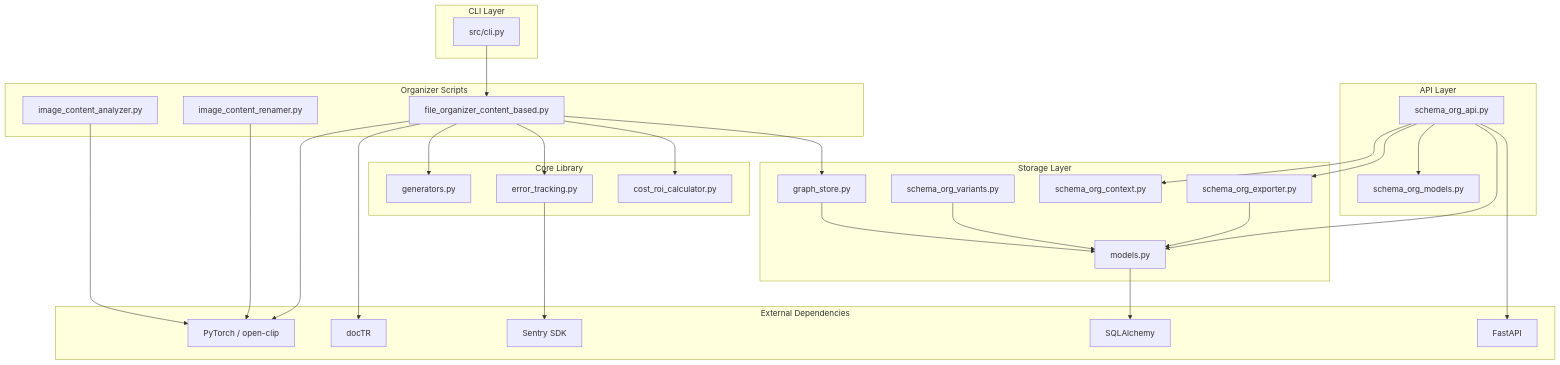
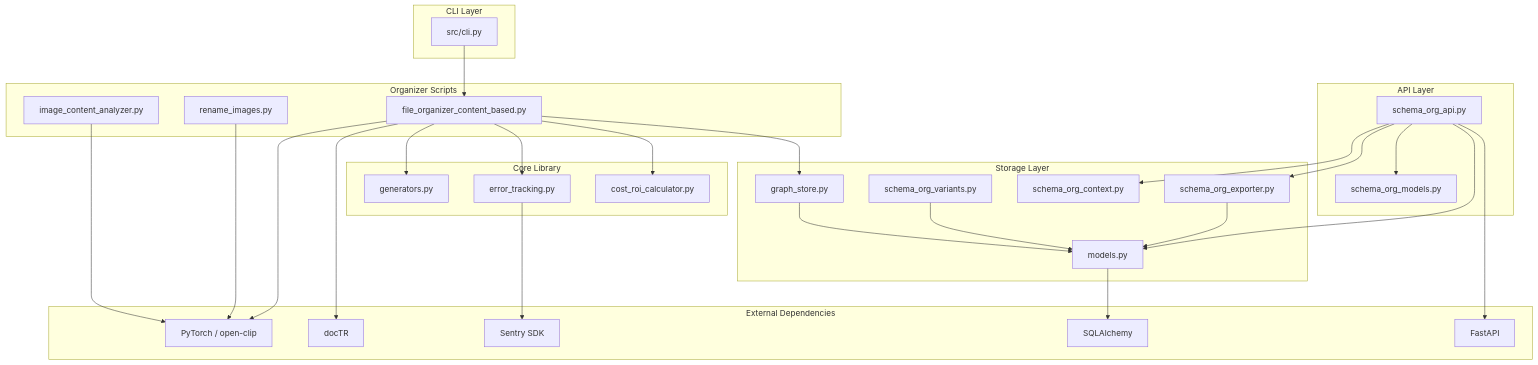
Before and after one commit to aledlie/schema-org-file-system: the fourth of 4 diagrams in README.md, drawn with Mermaid. The commit also changed 5 other files, not shown here.

````diff
--- a/README.md
+++ b/README.md
@@ -347,63 +347,63 @@
 ```mermaid
 graph TB
     subgraph CLI["CLI Layer"]
         cli[src/cli.py]
     end
 
     subgraph API["API Layer"]
         soa[schema_org_api.py]
         som[schema_org_models.py]
     end
 
     subgraph Scripts["Organizer Scripts"]
         foc[file_organizer_content_based.py]
-        icr[image_content_renamer.py]
+        icr[rename_images.py]
         ica[image_content_analyzer.py]
     end
 
     subgraph Core["Core Library"]
         gen[generators.py]
         err[error_tracking.py]
         cost[cost_roi_calculator.py]
     end
 
     subgraph Storage["Storage Layer"]
         gs[graph_store.py]
         models[models.py]
         exp[schema_org_exporter.py]
         ctx[schema_org_context.py]
         var[schema_org_variants.py]
     end
 
     subgraph External["External Dependencies"]
         torch[PyTorch / open-clip]
         doctr[docTR]
         sentry[Sentry SDK]
         sa[SQLAlchemy]
         fa[FastAPI]
     end
 
     cli --> foc
 
     foc --> gen
     foc --> err
     foc --> cost
     foc --> gs
     foc --> torch
     foc --> doctr
 
     icr --> torch
     ica --> torch
 
     soa --> exp
     soa --> ctx
     soa --> models
     soa --> som
     soa --> fa
 
     exp --> models
     var --> models
     gs --> models
     models --> sa
     err --> sentry
 ```
````
